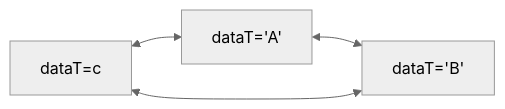
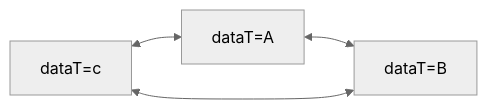
The diagram in all/未命名-10.md (YOAyes/iodraw-files), drawn with Mermaid (neutral theme) before and after one commit.

Commit message:
2025-06-16 16:36:09 update

````diff
--- a/all/未命名-10.md
+++ b/all/未命名-10.md
@@ -1,6 +1,6 @@
 ```mermaid
 graph LR
-    X[dataT=c] <--> A[dataT='A'] <--> B[dataT='B']
+    X[dataT=c] <--> A[dataT=A] <--> B[dataT=B]
     B <--> X
 
 ```
````
